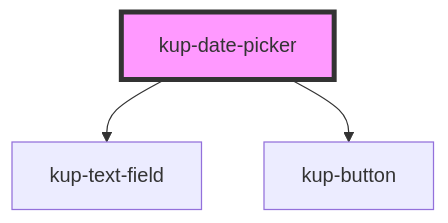
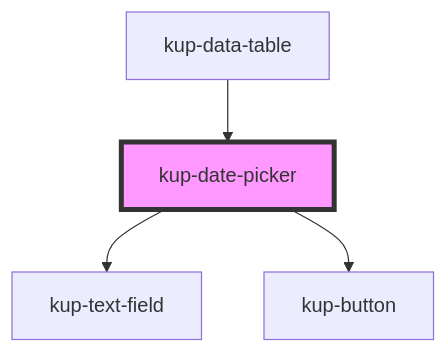
Before and after one commit to smeup/ketchup: the diagram in packages/ketchup/src/components/kup-date-picker/readme.md, drawn with Mermaid. The commit also changed other lines of this file and 14 other files, not shown here.

First line of the commit message:
kup-data-table: for columns type Date/Number view interval fields for filter values

````diff
--- a/packages/ketchup/src/components/kup-date-picker/readme.md
+++ b/packages/ketchup/src/components/kup-date-picker/readme.md
@@ -82,6 +87,7 @@
 ```mermaid
 graph TD;
   kup-date-picker --> kup-text-field
   kup-date-picker --> kup-button
+  kup-data-table --> kup-date-picker
   style kup-date-picker fill:#f9f,stroke:#333,stroke-width:4px
 ```
````
